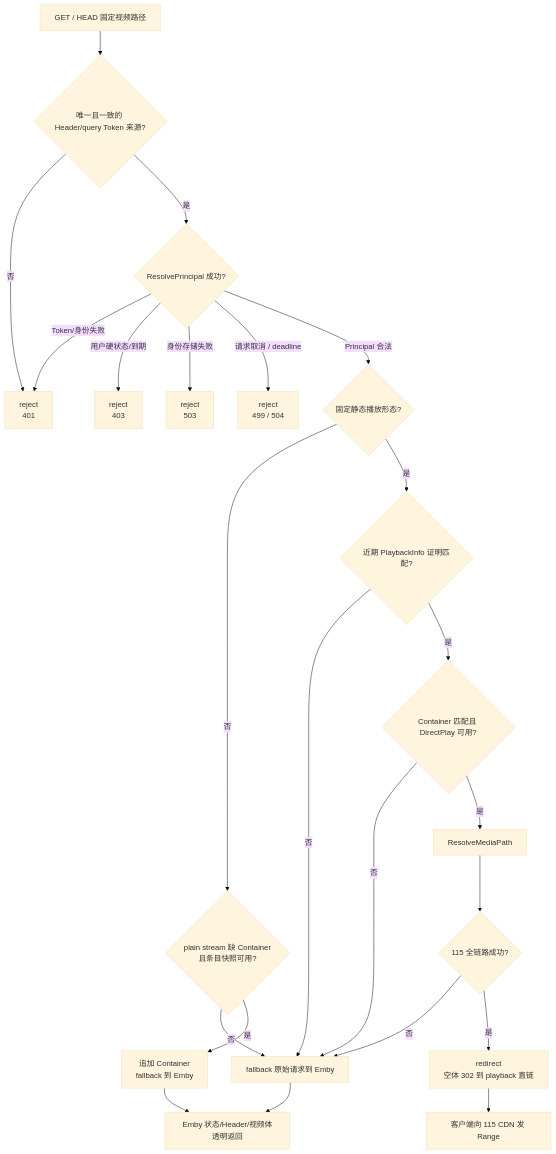
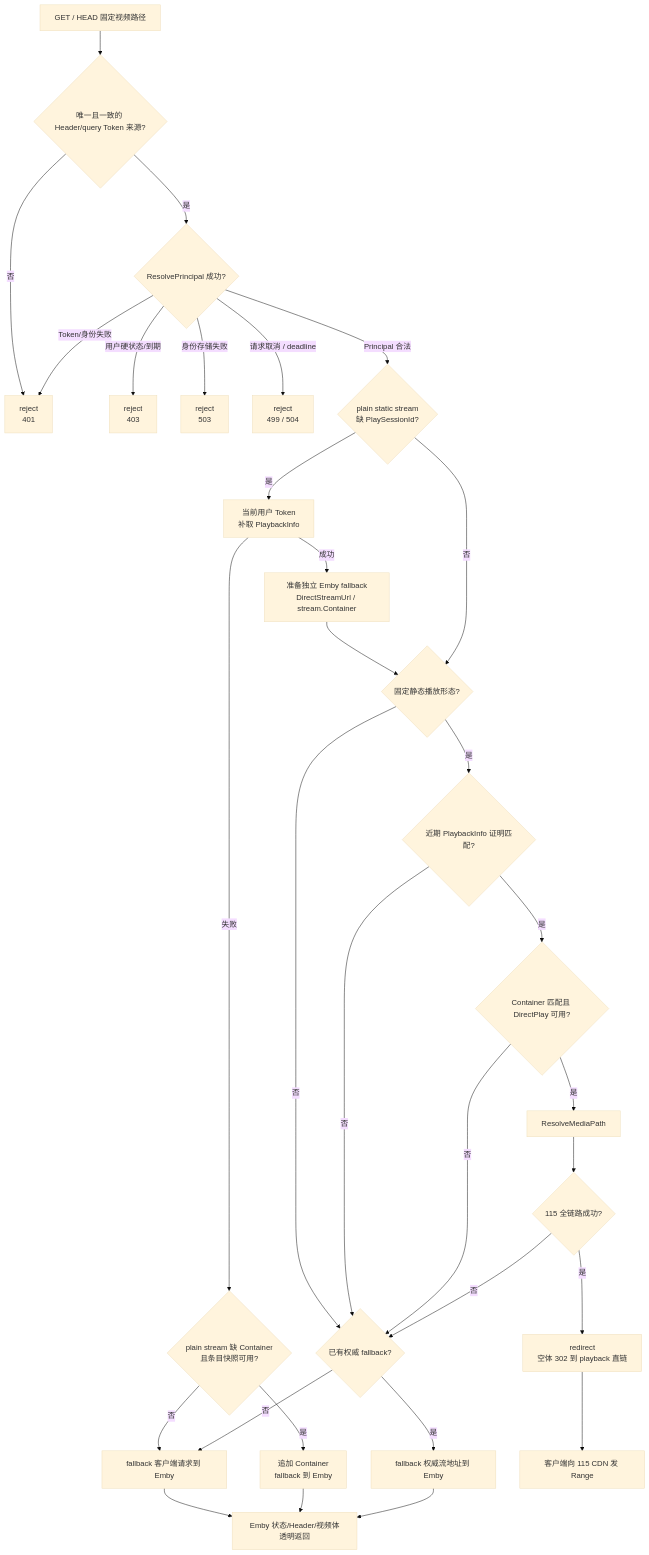
The sixth of 8 diagrams in docs/reference/p115-playback-end-to-end-flow.md (konghanghang/ember), drawn with Mermaid (base theme) before and after one commit. The commit also changed other lines of this file and 12 other files, not shown here.

````diff
--- a/docs/reference/p115-playback-end-to-end-flow.md
+++ b/docs/reference/p115-playback-end-to-end-flow.md
@@ -230,25 +243,34 @@
 ```mermaid
 flowchart TD
     A[GET / HEAD 固定视频路径] --> B{唯一且一致的 Header/query Token 来源?}
     B -- 否 --> R[reject<br/>401]
     B -- 是 --> C{ResolvePrincipal 成功?}
     C -- Token/身份失败 --> R
     C -- 用户硬状态/到期 --> R2[reject<br/>403]
     C -- 身份存储失败 --> R3[reject<br/>503]
     C -- 请求取消 / deadline --> R4[reject<br/>499 / 504]
-    C -- Principal 合法 --> D{固定静态播放形态?}
-    D -- 否 --> CR{plain stream 缺 Container<br/>且条目快照可用?}
-    CR -- 否 --> F[fallback 原始请求到 Emby]
+    C -- Principal 合法 --> OD{plain static stream<br/>缺 PlaySessionId?}
+    OD -- 是 --> PI[当前用户 Token<br/>补取 PlaybackInfo]
+    PI -- 成功 --> AF[准备独立 Emby fallback<br/>DirectStreamUrl / stream.Container]
+    AF --> D{固定静态播放形态?}
+    PI -- 失败 --> CR
+    OD -- 否 --> D
+    D -- 否 --> FB{已有权威 fallback?}
+    CR{plain stream 缺 Container<br/>且条目快照可用?}
+    CR -- 否 --> F[fallback 客户端请求到 Emby]
     CR -- 是 --> FC[追加 Container<br/>fallback 到 Emby]
     D -- 是 --> E{近期 PlaybackInfo 证明匹配?}
-    E -- 否 --> F
+    E -- 否 --> FB
     E -- 是 --> G{Container 匹配且 DirectPlay 可用?}
-    G -- 否 --> F
+    G -- 否 --> FB
     G -- 是 --> H[ResolveMediaPath]
     H --> I{115 全链路成功?}
-    I -- 否 --> F
+    I -- 否 --> FB
     I -- 是 --> J[redirect<br/>空体 302 到 playback 直链]
+    FB -- 是 --> FA[fallback 权威流地址到 Emby]
+    FB -- 否 --> F
     F --> K[Emby 状态/Header/视频体透明返回]
     FC --> K
+    FA --> K
     J --> L[客户端向 115 CDN 发 Range]
 ```
````
